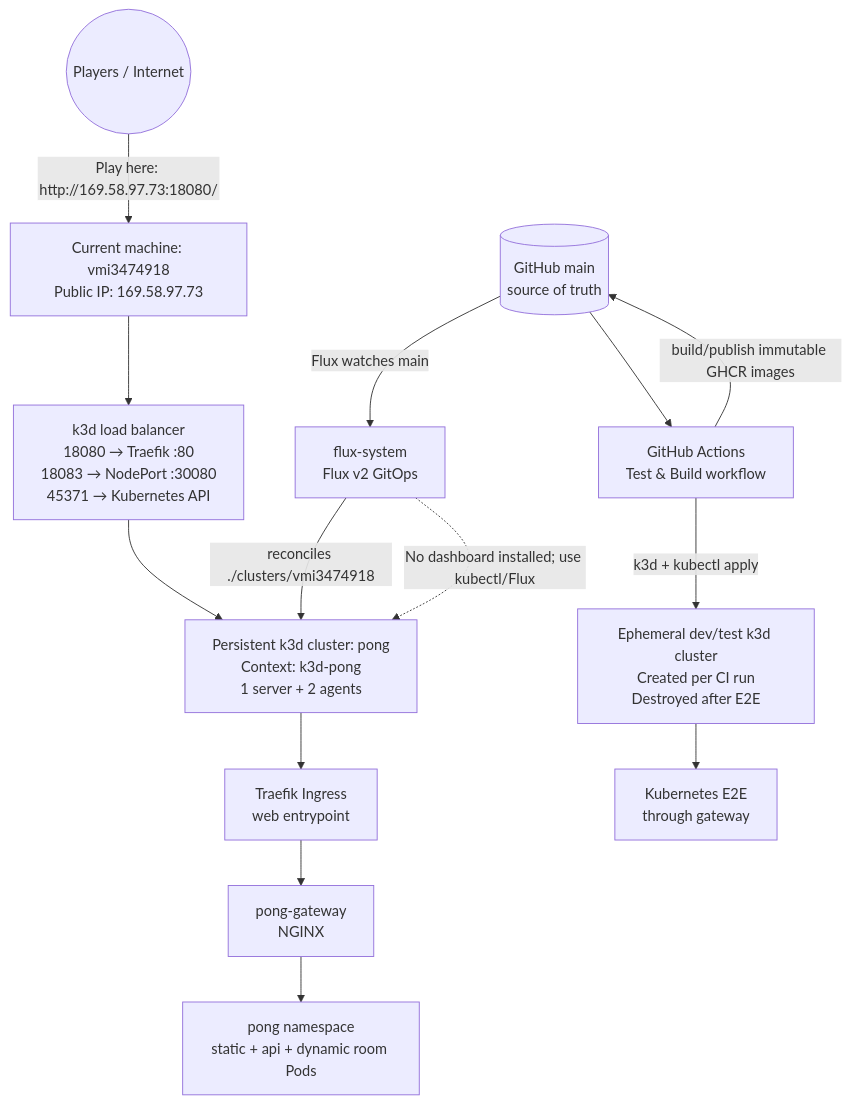
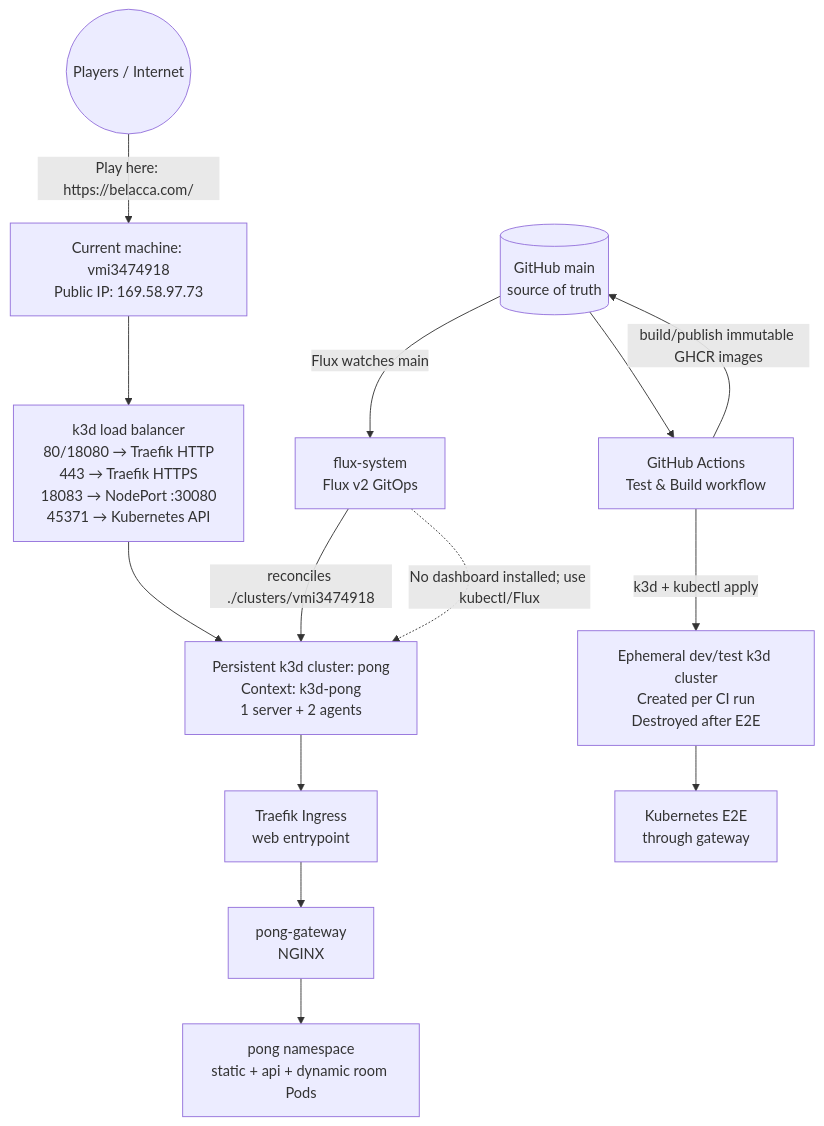
Before and after one commit to macel94/cloudnativepong: the diagram in README.md, drawn with Mermaid. The commit also changed other lines of this file and 7 other files, not shown here.

Commit message:
feat: enable HTTPS for belacca.com

````diff
--- a/README.md
+++ b/README.md
@@ -121,24 +123,24 @@
 ```mermaid
 flowchart TB
     internet((Players / Internet))
     machine["Current machine: vmi3474918\nPublic IP: 169.58.97.73"]
-    publicLB["k3d load balancer\n18080 → Traefik :80\n18083 → NodePort :30080\n45371 → Kubernetes API"]
+    publicLB["k3d load balancer\n80/18080 → Traefik HTTP\n443 → Traefik HTTPS\n18083 → NodePort :30080\n45371 → Kubernetes API"]
     publicCluster["Persistent k3d cluster: pong\nContext: k3d-pong\n1 server + 2 agents"]
     traefik["Traefik Ingress\nweb entrypoint"]
     gateway["pong-gateway\nNGINX"]
     app["pong namespace\nstatic + api + dynamic room Pods"]
     flux["flux-system\nFlux v2 GitOps"]
     git[("GitHub main\nsource of truth")]
     actions["GitHub Actions\nTest & Build workflow"]
     ciCluster["Ephemeral dev/test k3d cluster\nCreated per CI run\nDestroyed after E2E"]
     ciApp["Kubernetes E2E\nthrough gateway"]
 
-    internet -->|"Play here: http://169.58.97.73:18080/"| machine
+    internet -->|"Play here: https://belacca.com/"| machine
     machine --> publicLB --> publicCluster
     publicCluster --> traefik --> gateway --> app
     git -->|"Flux watches main"| flux
     flux -->|"reconciles ./clusters/vmi3474918"| publicCluster
     git --> actions -->|"k3d + kubectl apply"| ciCluster --> ciApp
     actions -->|"build/publish immutable GHCR images"| git
     flux -. "No dashboard installed; use kubectl/Flux" .-> publicCluster
 ```
````
